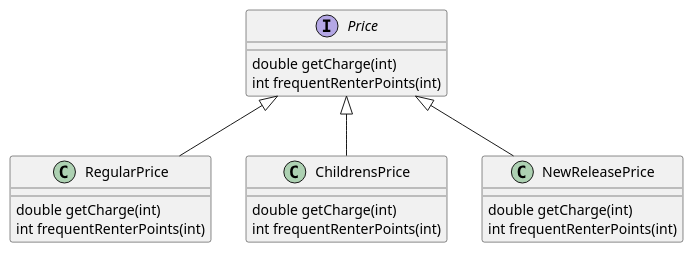
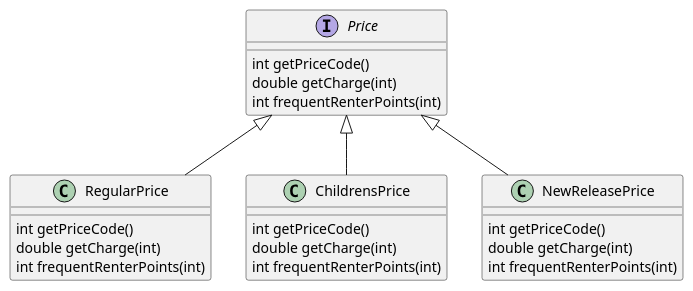
One commit to rony76/martin-fowler-example changed the diagram in src/main/resources/PriceHierarchy.puml. Above: the diagram before and after it, drawn with PlantUML. The commit also changed 6 other files, not shown here.

```diff
--- a/src/main/resources/PriceHierarchy.puml
+++ b/src/main/resources/PriceHierarchy.puml
@@ -1,27 +1,31 @@
 @startuml
 
 interface Price {
+    int getPriceCode()
     double getCharge(int)
     int frequentRenterPoints(int)
 }
 
 class RegularPrice {
+    int getPriceCode()
     double getCharge(int)
     int frequentRenterPoints(int)
 }
 
 class ChildrensPrice {
+    int getPriceCode()
     double getCharge(int)
     int frequentRenterPoints(int)
 }
 
 class NewReleasePrice {
+    int getPriceCode()
     double getCharge(int)
     int frequentRenterPoints(int)
 }
 
 Price <|-- RegularPrice
 Price <|-- ChildrensPrice
 Price <|-- NewReleasePrice
 
 @enduml
```
